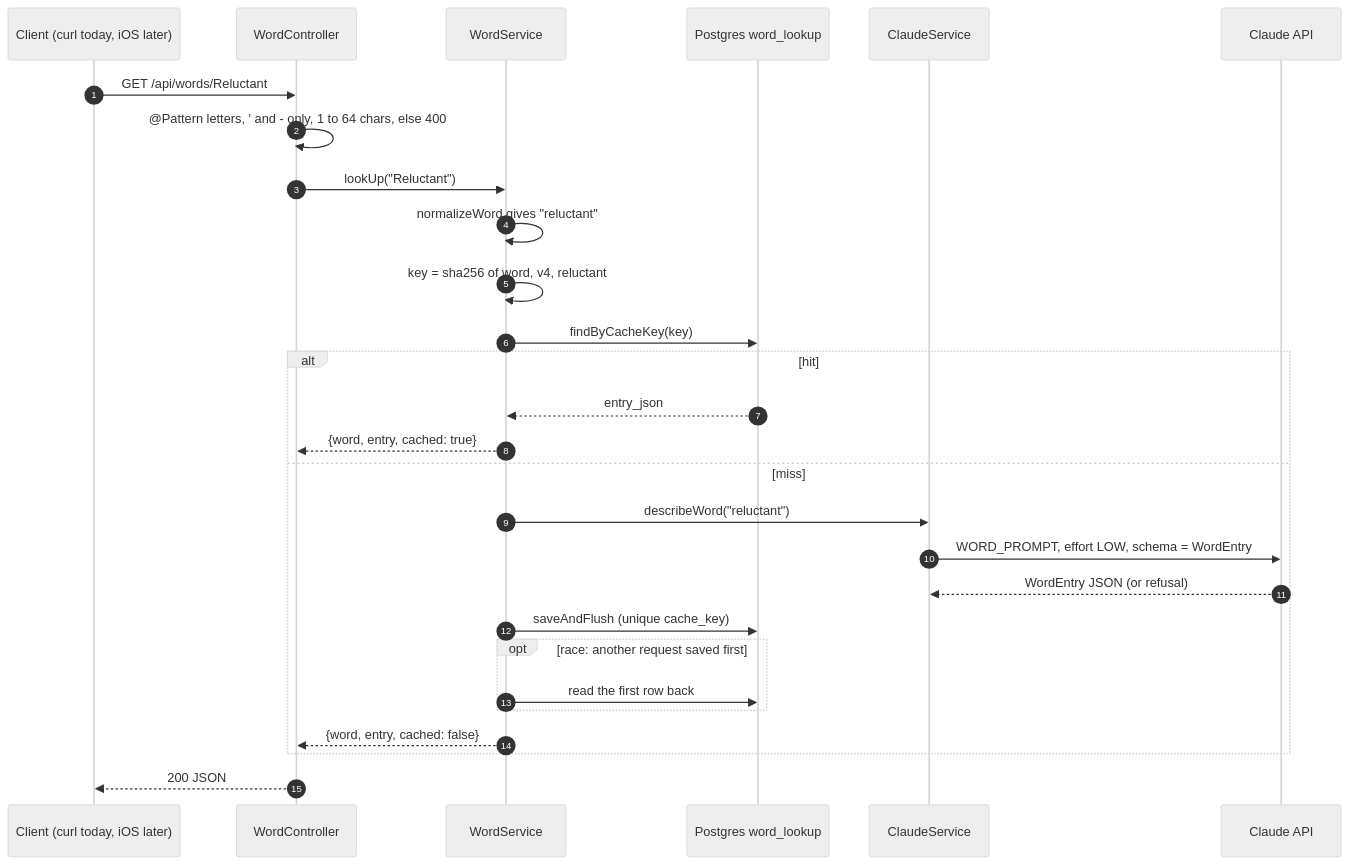
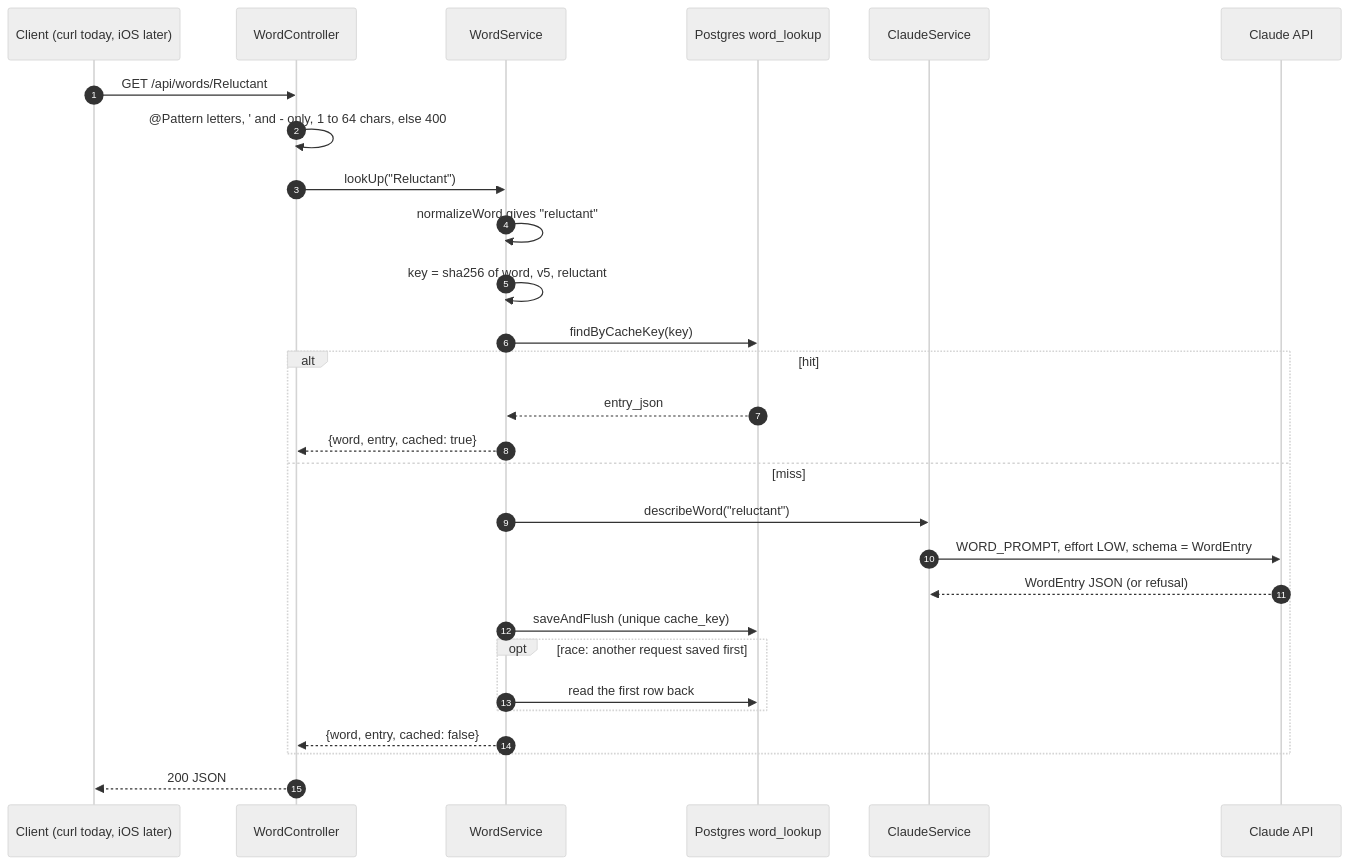
Before and after one commit to tranphuocloc070699/saynata: the second of 2 diagrams in backlog/docs/features/doc-5 - Word-lookup.md, drawn with Mermaid (neutral theme). The commit also changed other lines of this file and 9 other files, not shown here.

````diff
--- a/backlog/docs/features/doc-5 - Word-lookup.md
+++ b/backlog/docs/features/doc-5 - Word-lookup.md
@@ -42,31 +42,31 @@
 ```mermaid
 sequenceDiagram
     autonumber
     participant App as Client (curl today, iOS later)
     participant WC as WordController
     participant WS as WordService
     participant DB as Postgres word_lookup
     participant CS as ClaudeService
     participant CL as Claude API
 
     App->>WC: GET /api/words/Reluctant
     WC->>WC: @Pattern letters, ' and - only, 1 to 64 chars, else 400
     WC->>WS: lookUp("Reluctant")
     WS->>WS: normalizeWord gives "reluctant"
-    WS->>WS: key = sha256 of word, v4, reluctant
+    WS->>WS: key = sha256 of word, v5, reluctant
     WS->>DB: findByCacheKey(key)
     alt hit
         DB-->>WS: entry_json
         WS-->>WC: {word, entry, cached: true}
     else miss
         WS->>CS: describeWord("reluctant")
         CS->>CL: WORD_PROMPT, effort LOW, schema = WordEntry
         CL-->>CS: WordEntry JSON (or refusal)
         WS->>DB: saveAndFlush (unique cache_key)
         opt race: another request saved first
             WS->>DB: read the first row back
         end
         WS-->>WC: {word, entry, cached: false}
     end
     WC-->>App: 200 JSON
 ```
````
